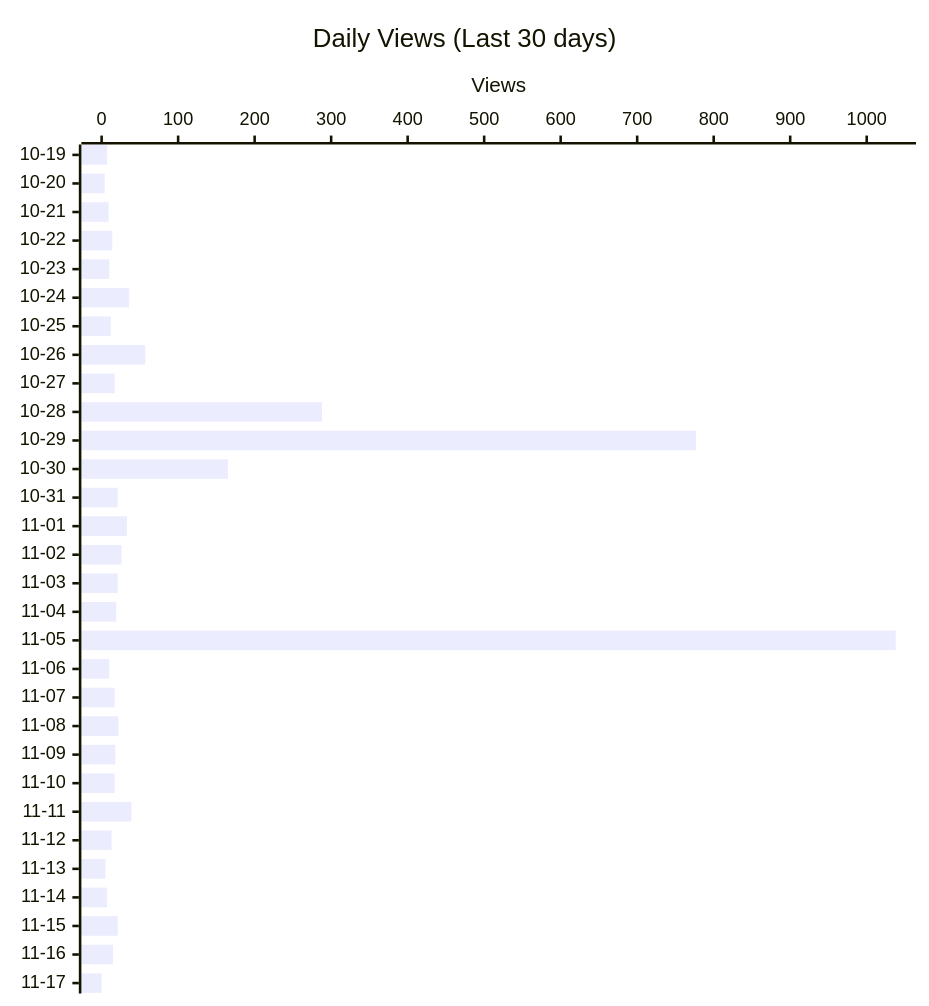
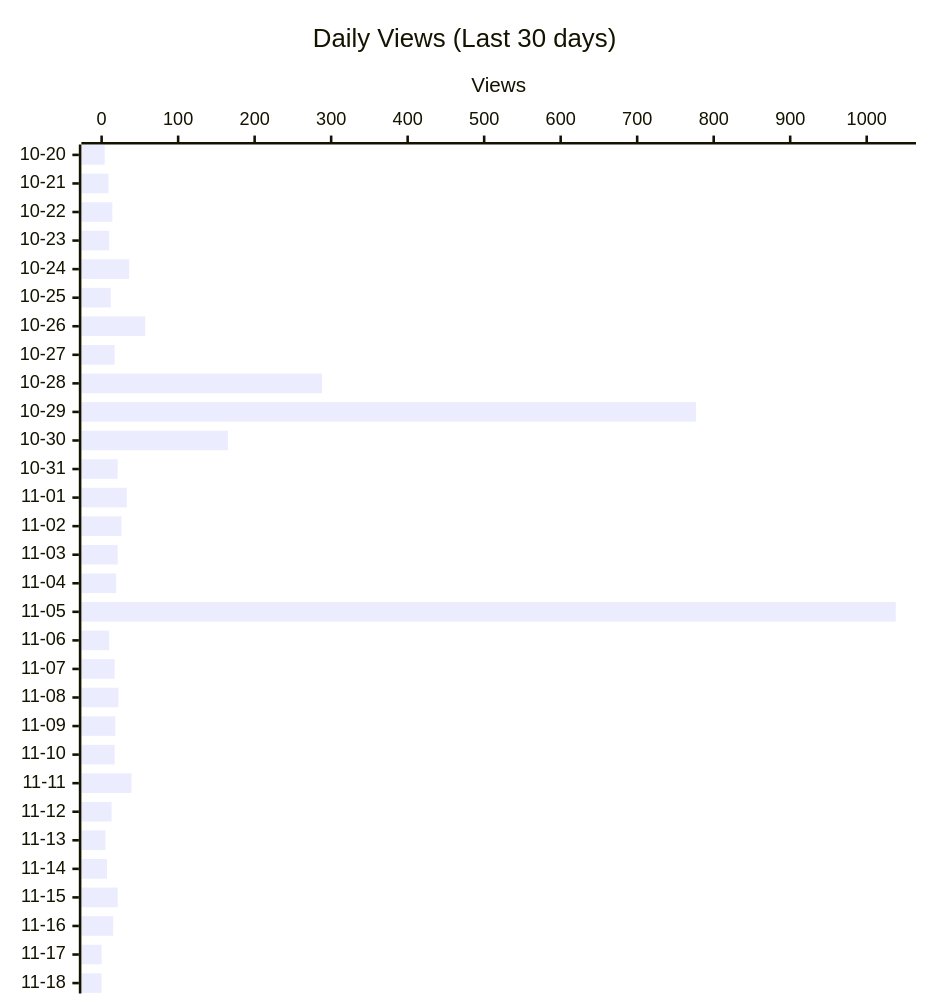
The second of 4 diagrams in README.md (shigechika/github-insights), drawn with Mermaid before and after one commit. The commit also changed other lines of this file and 1 other file, not shown here.

````diff
--- a/README.md
+++ b/README.md
@@ -28,12 +28,12 @@
 ```mermaid
 ---
 config:
   xyChart:
     height: 760
 ---
 xychart-beta horizontal
     title "Daily Views (Last 30 days)"
-    x-axis ["10-19", "10-20", "10-21", "10-22", "10-23", "10-24", "10-25", "10-26", "10-27", "10-28", "10-29", "10-30", "10-31", "11-01", "11-02", "11-03", "11-04", "11-05", "11-06", "11-07", "11-08", "11-09", "11-10", "11-11", "11-12", "11-13", "11-14", "11-15", "11-16", "11-17"]
+    x-axis ["10-20", "10-21", "10-22", "10-23", "10-24", "10-25", "10-26", "10-27", "10-28", "10-29", "10-30", "10-31", "11-01", "11-02", "11-03", "11-04", "11-05", "11-06", "11-07", "11-08", "11-09", "11-10", "11-11", "11-12", "11-13", "11-14", "11-15", "11-16", "11-17", "11-18"]
     y-axis "Views"
-    bar [7, 4, 9, 14, 10, 36, 12, 57, 17, 288, 777, 165, 21, 33, 26, 21, 19, 1038, 10, 17, 22, 18, 17, 39, 13, 5, 7, 21, 15, 0]
+    bar [4, 9, 14, 10, 36, 12, 57, 17, 288, 777, 165, 21, 33, 26, 21, 19, 1038, 10, 17, 22, 18, 17, 39, 13, 5, 7, 21, 15, 0, 0]
 ```
````
